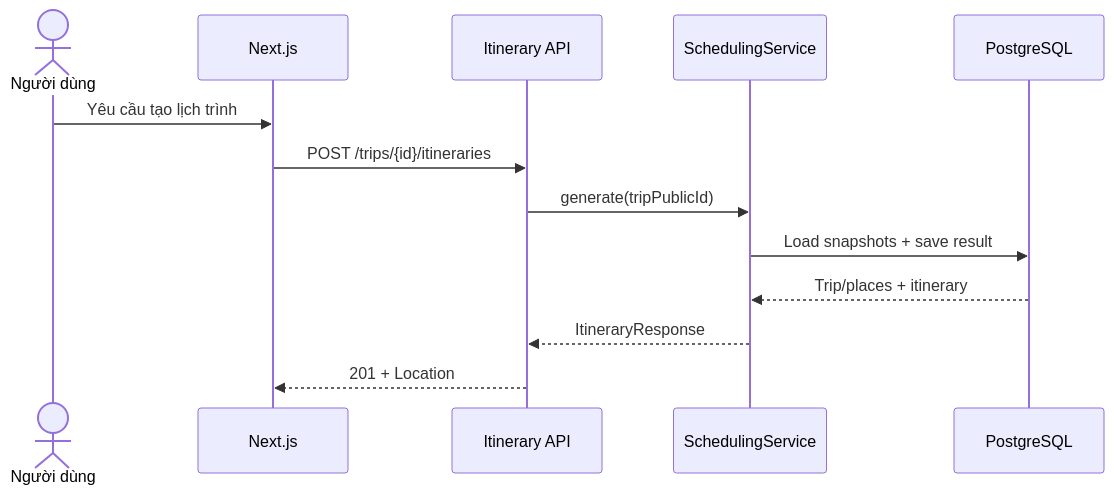
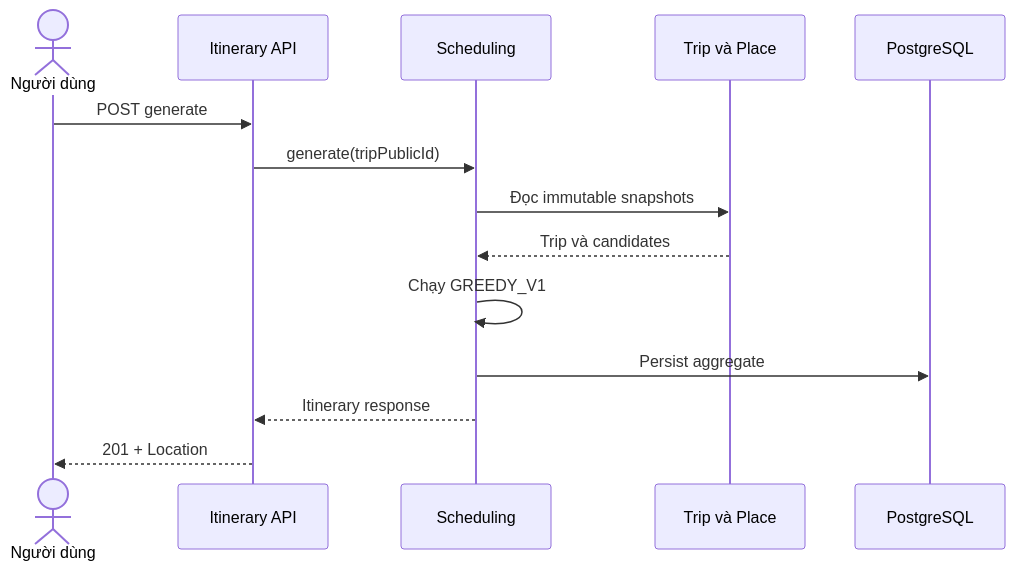
Before and after one commit to BaTannnn/saigon-plan-travel: the diagram in docs/01-Requirements/Features/FEAT-005-basic-itinerary-generation-scheduling-v1.md, drawn with Mermaid. The commit also changed other lines of this file and 8 other files, not shown here.

Commit message:
Refactor Place Database Design and API Documentation

````diff
--- a/docs/01-Requirements/Features/FEAT-005-basic-itinerary-generation-scheduling-v1.md
+++ b/docs/01-Requirements/Features/FEAT-005-basic-itinerary-generation-scheduling-v1.md
@@ -197,15 +255,16 @@
 ```mermaid
 sequenceDiagram
     actor User as Người dùng
-    participant FE as Next.js
     participant API as Itinerary API
-    participant SVC as SchedulingService
+    participant SVC as Scheduling
+    participant Input as Trip và Place
     participant DB as PostgreSQL
-    User->>FE: Yêu cầu tạo lịch trình
-    FE->>API: POST /trips/{id}/itineraries
+    User->>API: POST generate
     API->>SVC: generate(tripPublicId)
-    SVC->>DB: Load snapshots + save result
-    DB-->>SVC: Trip/places + itinerary
-    SVC-->>API: ItineraryResponse
-    API-->>FE: 201 + Location
+    SVC->>Input: Đọc immutable snapshots
+    Input-->>SVC: Trip và candidates
+    SVC->>SVC: Chạy GREEDY_V1
+    SVC->>DB: Persist aggregate
+    SVC-->>API: Itinerary response
+    API-->>User: 201 + Location
 ```
````
